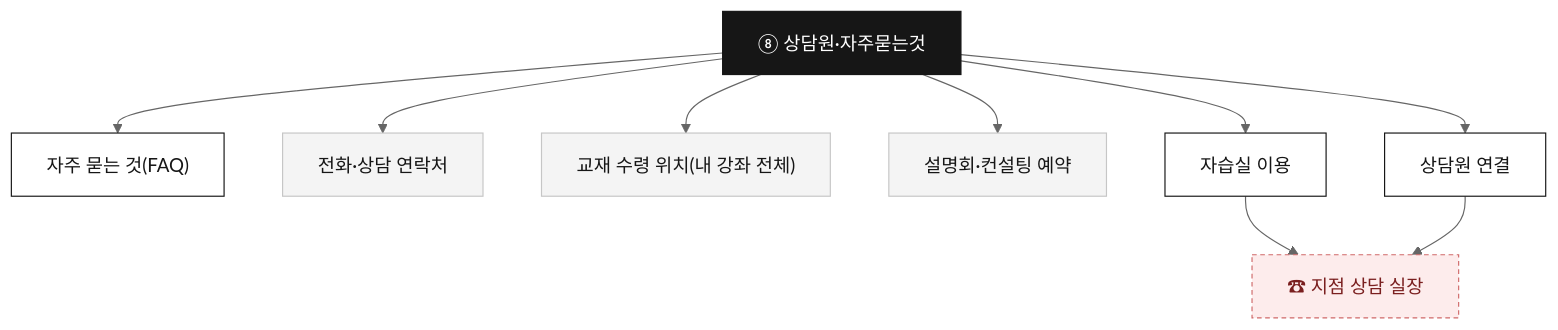
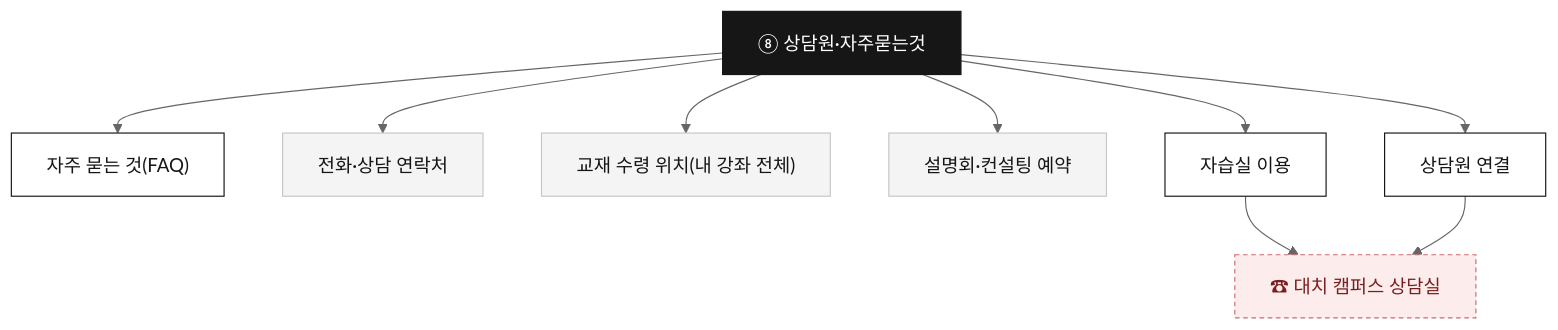
Before and after one commit to layr8x/Wiki: diagram 11 of 12 in analysis/myclass-chatbot/SCENARIO_PLAN.md, drawn with Mermaid (neutral theme). The commit also changed other lines of this file and 8 other files, not shown here.

````diff
--- a/analysis/myclass-chatbot/SCENARIO_PLAN.md
+++ b/analysis/myclass-chatbot/SCENARIO_PLAN.md
@@ -286,15 +290,15 @@
 ```mermaid
 flowchart TD
   Hh["⑧ 상담원·자주묻는것"]:::menu
   Hh --> Q1["자주 묻는 것(FAQ)"]:::step
   Hh --> Q2["전화·상담 연락처"]:::card
   Hh --> Q3["교재 수령 위치(내 강좌 전체)"]:::card
   Hh --> Q4["설명회·컨설팅 예약"]:::card
   Hh --> Q5["자습실 이용"]:::step
   Hh --> Q6["상담원 연결"]:::step
-  Q5 & Q6 --> CP["☎ 지점 상담 실장"]:::hand
+  Q5 & Q6 --> CP["☎ 대치 캠퍼스 상담실"]:::hand
   classDef menu fill:#161616,color:#ffffff,stroke:#161616;
   classDef step fill:#ffffff,color:#161616,stroke:#161616;
   classDef card fill:#f4f4f4,color:#161616,stroke:#c6c6c6;
   classDef hand fill:#fdecec,color:#7a1f1f,stroke:#d06a6a,stroke-dasharray:4 3;
 ```
````
